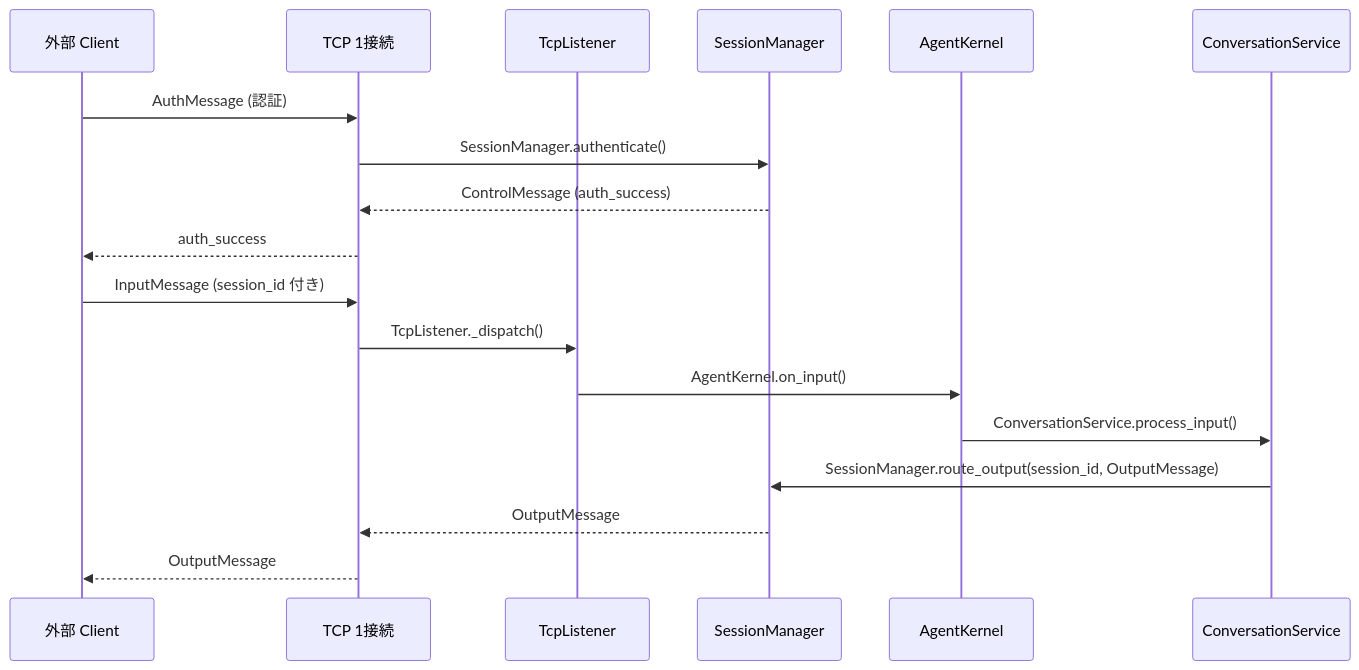
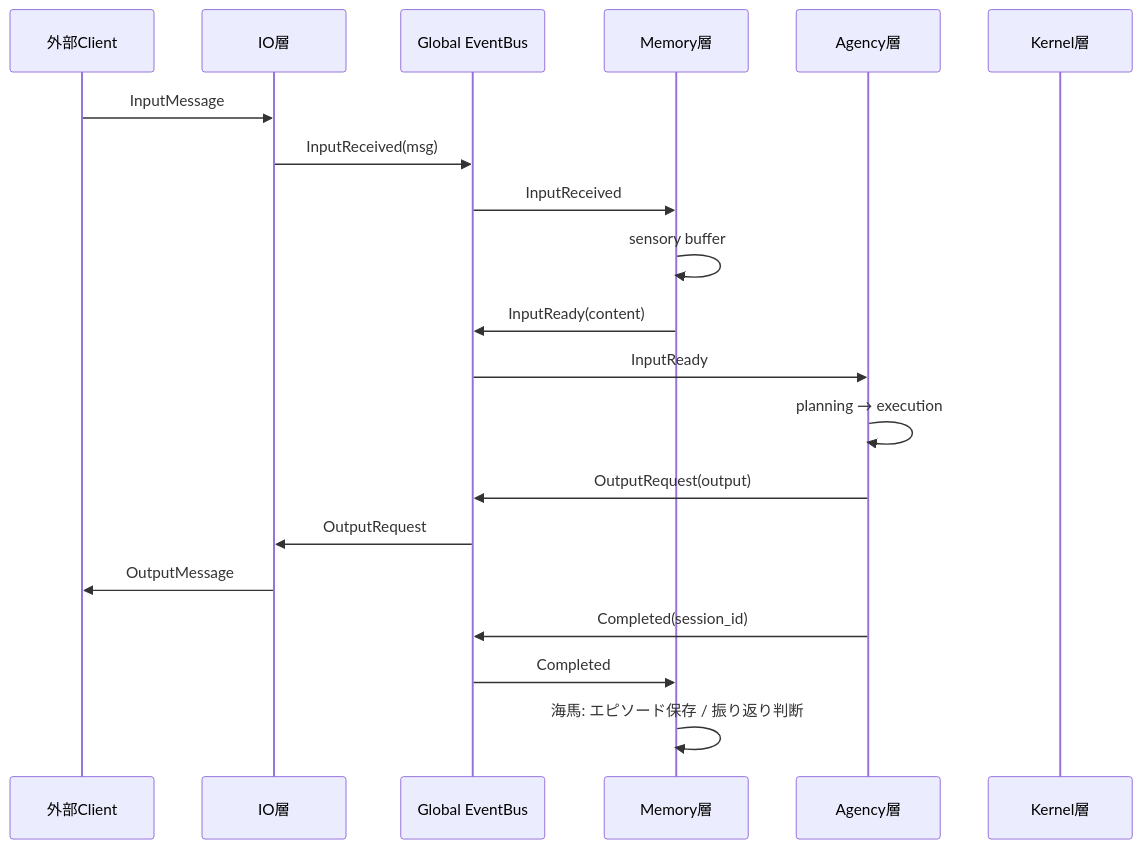
Before and after one commit to ibukani/iris-mind: the second of 4 diagrams in docs/architecture.md, drawn with Mermaid. The commit also changed other lines of this file and 30 other files, not shown here.

````diff
--- a/docs/architecture.md
+++ b/docs/architecture.md
@@ -201,21 +68,23 @@
 ```mermaid
 sequenceDiagram
-    participant Client as 外部 Client
-    participant TCP as TCP 1接続
-    participant Tcp as TcpListener
-    participant Session as SessionManager
-    participant Kernel as AgentKernel
-    participant Conv as ConversationService
+    participant TCP as 外部Client
+    participant IO as IO層
+    participant EB as Global EventBus
+    participant MEM as Memory層
+    participant AG as Agency層
+    participant KRN as Kernel層
 
-    Client->>TCP: AuthMessage (認証)
-    TCP->>Session: SessionManager.authenticate()
-    Session-->>TCP: ControlMessage (auth_success)
-    TCP-->>Client: auth_success
-    Client->>TCP: InputMessage (session_id 付き)
-    TCP->>Tcp: TcpListener._dispatch()
-    Tcp->>Kernel: AgentKernel.on_input()
-    Kernel->>Conv: ConversationService.process_input()
-    Conv->>Session: SessionManager.route_output(session_id, OutputMessage)
-    Session-->>TCP: OutputMessage
-    TCP-->>Client: OutputMessage
+    TCP->>IO: InputMessage
+    IO->>EB: InputReceived(msg)
+    EB->>MEM: InputReceived
+    MEM->>MEM: sensory buffer
+    MEM->>EB: InputReady(content)
+    EB->>AG: InputReady
+    AG->>AG: planning → execution
+    AG->>EB: OutputRequest(output)
+    EB->>IO: OutputRequest
+    IO->>TCP: OutputMessage
+    AG->>EB: Completed(session_id)
+    EB->>MEM: Completed
+    MEM->>MEM: 海馬: エピソード保存 / 振り返り判断
 ```
````
